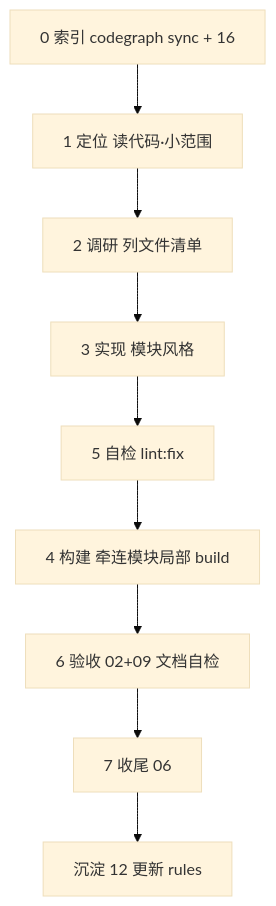
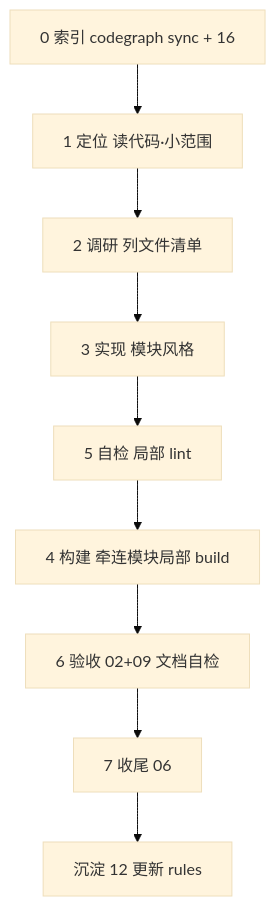
The diagram in .cursor/rules/engineering/01-执行流程.mdc (142vip/core-x), drawn with Mermaid (base theme) before and after one commit. The commit also changed other lines of this file and 4 other files, not shown here.

````diff
--- a/.cursor/rules/engineering/01-执行流程.mdc
+++ b/.cursor/rules/engineering/01-执行流程.mdc
@@ -12,11 +12,11 @@
 ```mermaid
 flowchart TD
   S0["0 索引 codegraph sync + 16"] --> S1["1 定位 读代码·小范围"]
   S1 --> S2["2 调研 列文件清单"]
   S2 --> S3["3 实现 模块风格"]
-  S3 --> S5["5 自检 lint:fix"]
+  S3 --> S5["5 自检 局部 lint"]
   S5 --> S4["4 构建 牵连模块局部 build"]
   S4 --> S6["6 验收 02+09 文档自检"]
   S6 --> S7["7 收尾 06"]
   S7 --> S7b["沉淀 12 更新 rules"]
 ```
````
